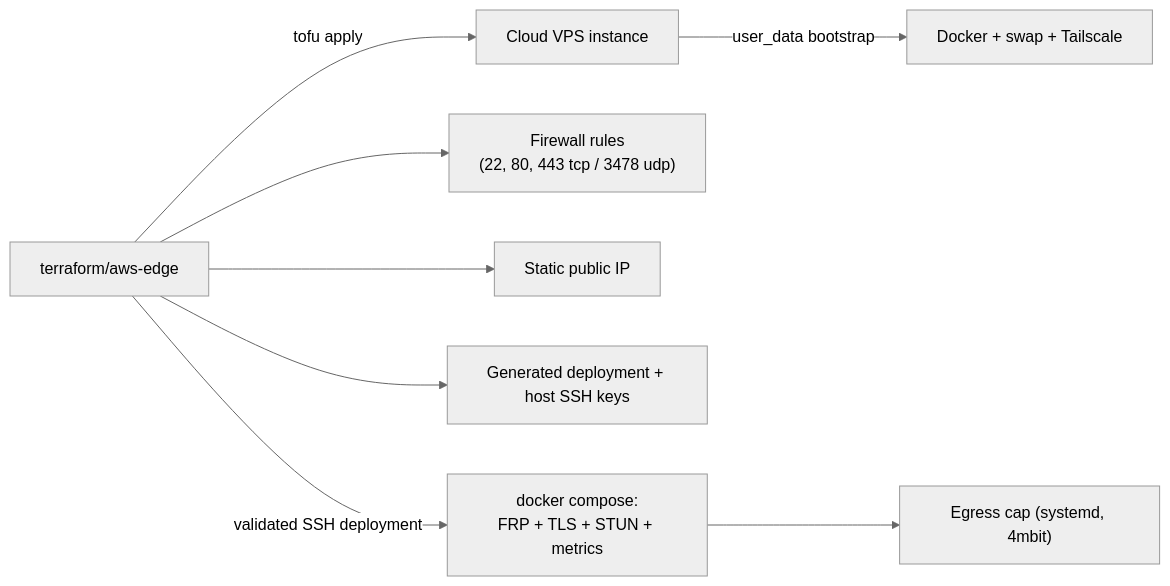
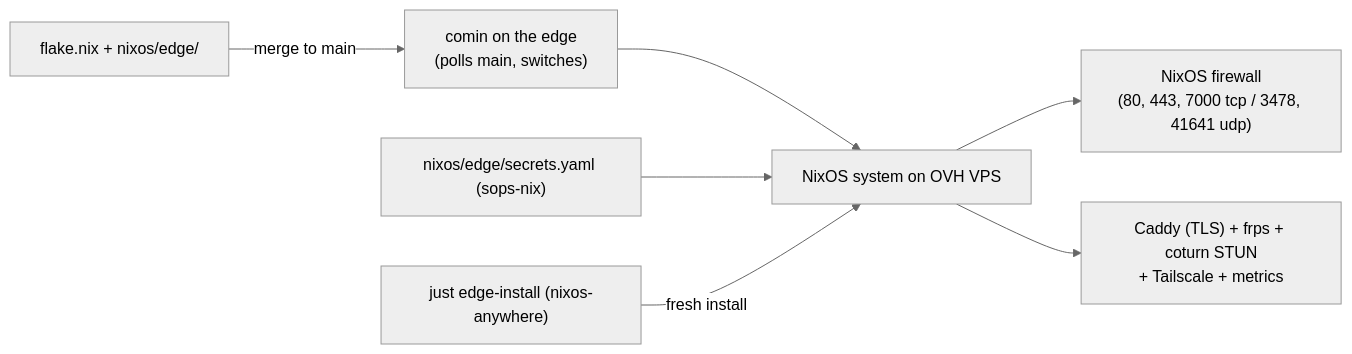
The second of 3 diagrams in docs/gitops-flow.md (member87/home-ops), drawn with Mermaid (neutral theme) before and after one commit. The commit also changed other lines of this file and 31 other files, not shown here.

````diff
--- a/docs/gitops-flow.md
+++ b/docs/gitops-flow.md
@@ -41,10 +41,9 @@
 ```mermaid
 flowchart LR
-    TF["terraform/aws-edge"] -->|"tofu apply"| LS["Cloud VPS instance"]
-    TF --> FW["Firewall rules<br/>(22, 80, 443 tcp / 3478 udp)"]
-    TF --> SIP["Static public IP"]
-    TF --> KP["Generated deployment + host SSH keys"]
-    LS -->|"user_data bootstrap"| BOOT["Docker + swap + Tailscale"]
-    TF -->|"validated SSH deployment"| SVC["docker compose:<br/>FRP + TLS + STUN + metrics"]
-    SVC --> CAP["Egress cap (systemd, 4mbit)"]
+    NX["flake.nix + nixos/edge/"] -->|"merge to main"| COMIN["comin on the edge<br/>(polls main, switches)"]
+    COMIN --> SYS["NixOS system on OVH VPS"]
+    SYS --> FW["NixOS firewall<br/>(80, 443, 7000 tcp / 3478, 41641 udp)"]
+    SYS --> SVC["Caddy (TLS) + frps + coturn STUN<br/>+ Tailscale + metrics"]
+    SOPS["nixos/edge/secrets.yaml (sops-nix)"] --> SYS
+    INST["just edge-install (nixos-anywhere)"] -->|"fresh install"| SYS
 ```
````
